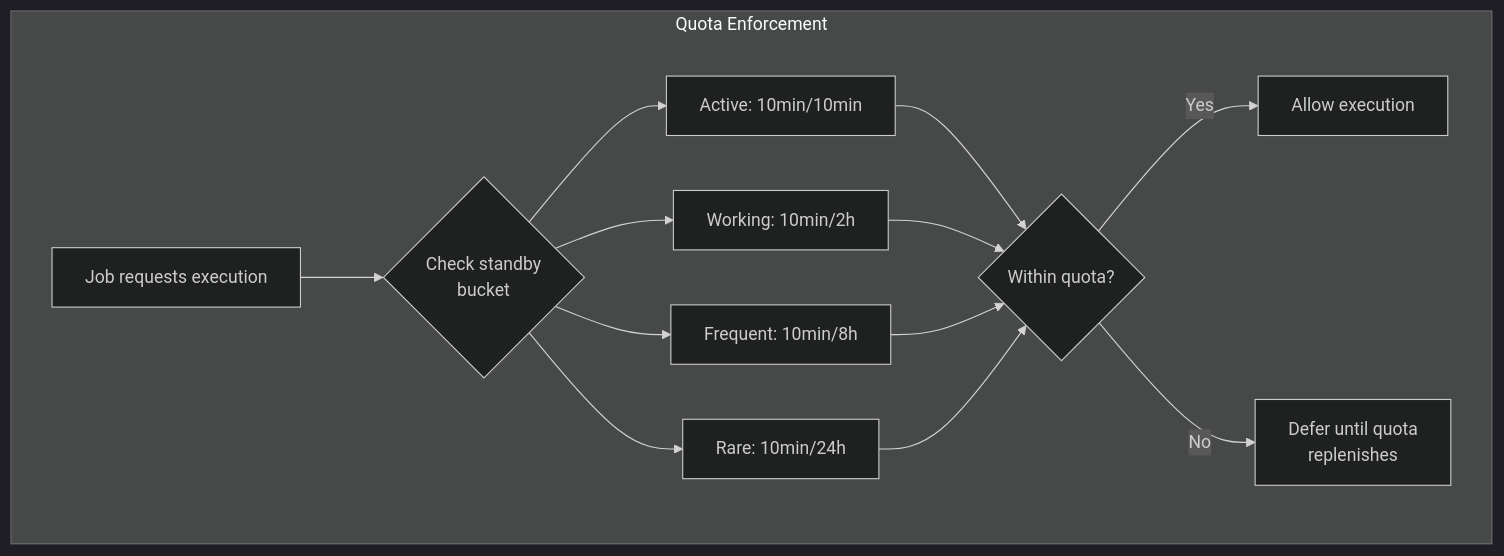
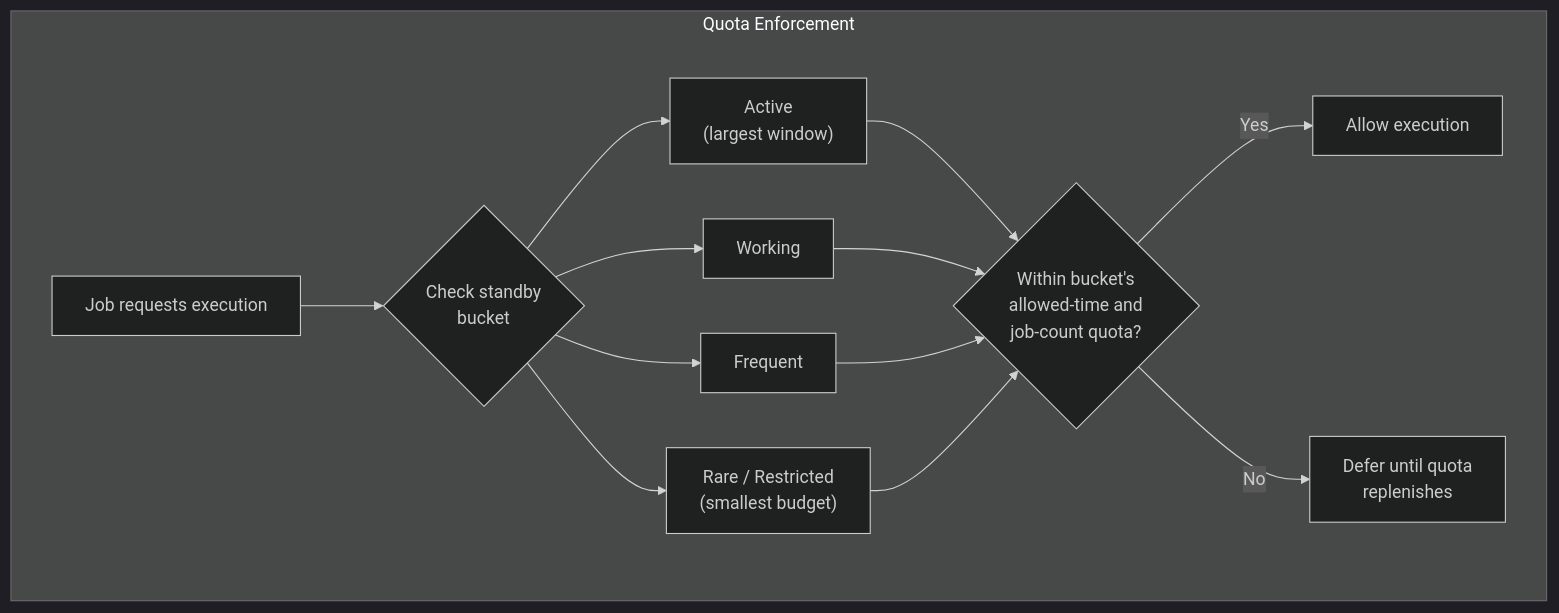
The fifth of 17 diagrams in agents/claude/skills/aosp-framework-services/30-background-tasks.md (aospbooks/aosp-internal-book), drawn with Mermaid (dark theme) before and after one commit. The commit also changed other lines of this file and 232 other files, not shown here.

````diff
--- a/agents/claude/skills/aosp-framework-services/30-background-tasks.md
+++ b/agents/claude/skills/aosp-framework-services/30-background-tasks.md
@@ -511,18 +578,18 @@
 ```mermaid
 graph TD
     subgraph "Quota Enforcement"
         A["Job requests execution"] --> B{"Check standby<br/>bucket"}
-        B --> C["Active: 10min/10min"]
-        B --> D["Working: 10min/2h"]
-        B --> E["Frequent: 10min/8h"]
-        B --> F["Rare: 10min/24h"]
+        B --> C["Active<br/>(largest window)"]
+        B --> D["Working"]
+        B --> E["Frequent"]
+        B --> F["Rare / Restricted<br/>(smallest budget)"]
 
-        C --> G{Within quota?}
+        C --> G{"Within bucket's<br/>allowed-time and<br/>job-count quota?"}
         D --> G
         E --> G
         F --> G
 
         G -->|Yes| H["Allow execution"]
         G -->|No| I["Defer until quota<br/>replenishes"]
     end
 ```
````
